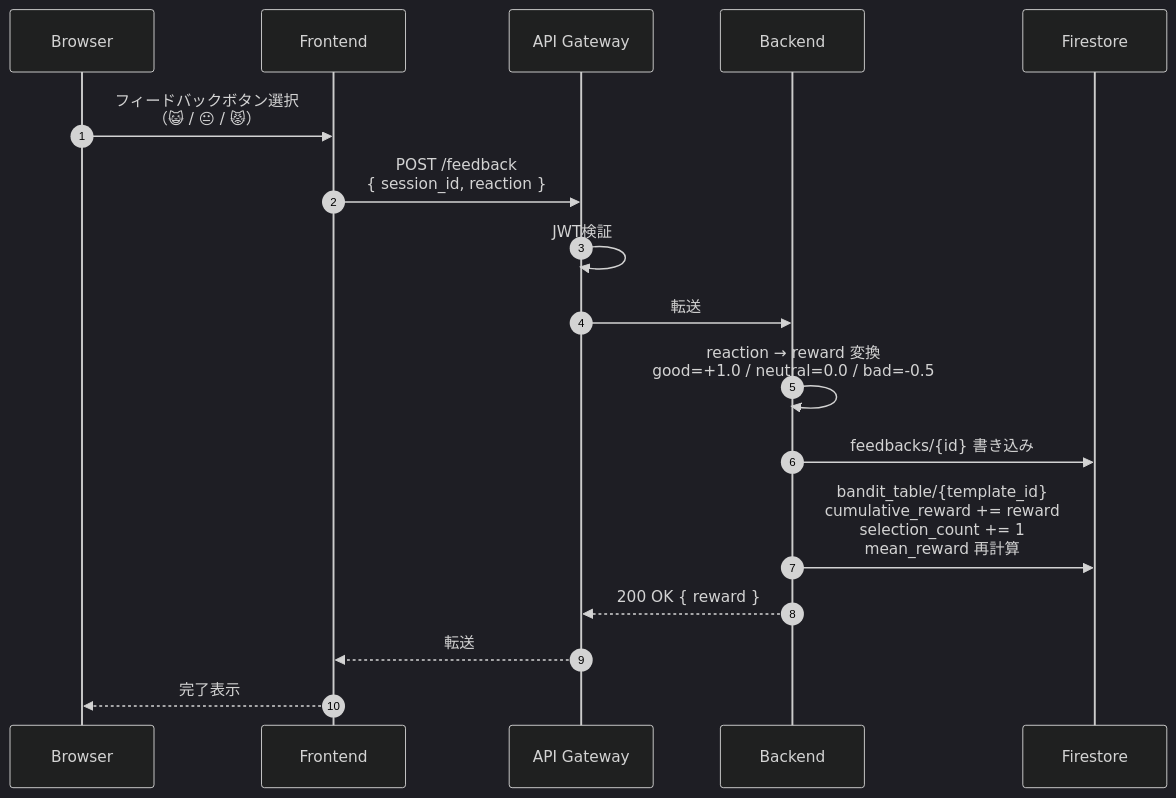
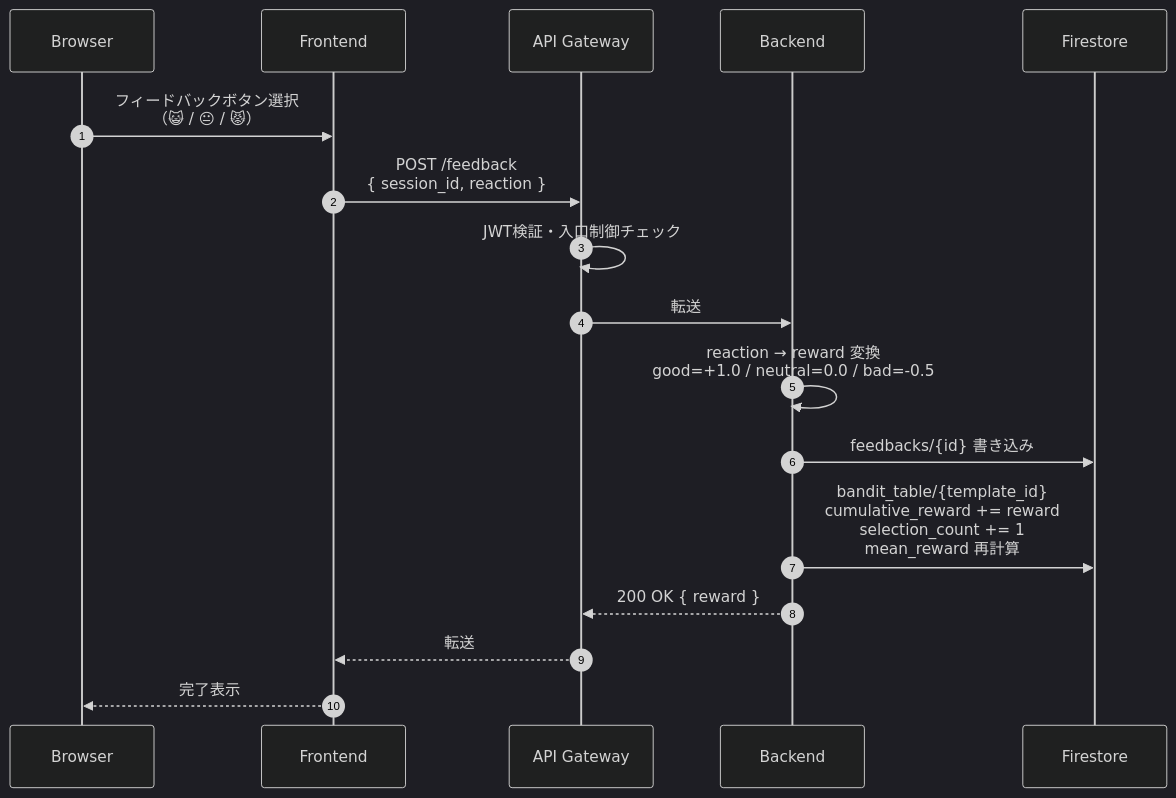
The third of 4 diagrams in docs/ja/INFRASTRUCTURE.md (soy-sorce/tea-pillar), drawn with Mermaid (dark theme) before and after one commit. The commit also changed other lines of this file, not shown here.

Commit message:
update architecture

````diff
--- a/docs/ja/INFRASTRUCTURE.md
+++ b/docs/ja/INFRASTRUCTURE.md
@@ -144,22 +181,22 @@
 ```mermaid
 sequenceDiagram
     autonumber
     participant B as Browser
     participant FE as Frontend
     participant GW as API Gateway
     participant BE as Backend
     participant FS as Firestore
 
     B->>FE: フィードバックボタン選択<br/>（😺 / 😐 / 😾）
     FE->>GW: POST /feedback<br/>{ session_id, reaction }
-    GW->>GW: JWT検証
+    GW->>GW: JWT検証・入口制御チェック
     GW->>BE: 転送
 
     BE->>BE: reaction → reward 変換<br/>good=+1.0 / neutral=0.0 / bad=-0.5
     BE->>FS: feedbacks/{id} 書き込み
     BE->>FS: bandit_table/{template_id}<br/>cumulative_reward += reward<br/>selection_count += 1<br/>mean_reward 再計算
 
     BE-->>GW: 200 OK { reward }
     GW-->>FE: 転送
     FE-->>B: 完了表示
 ```
````
